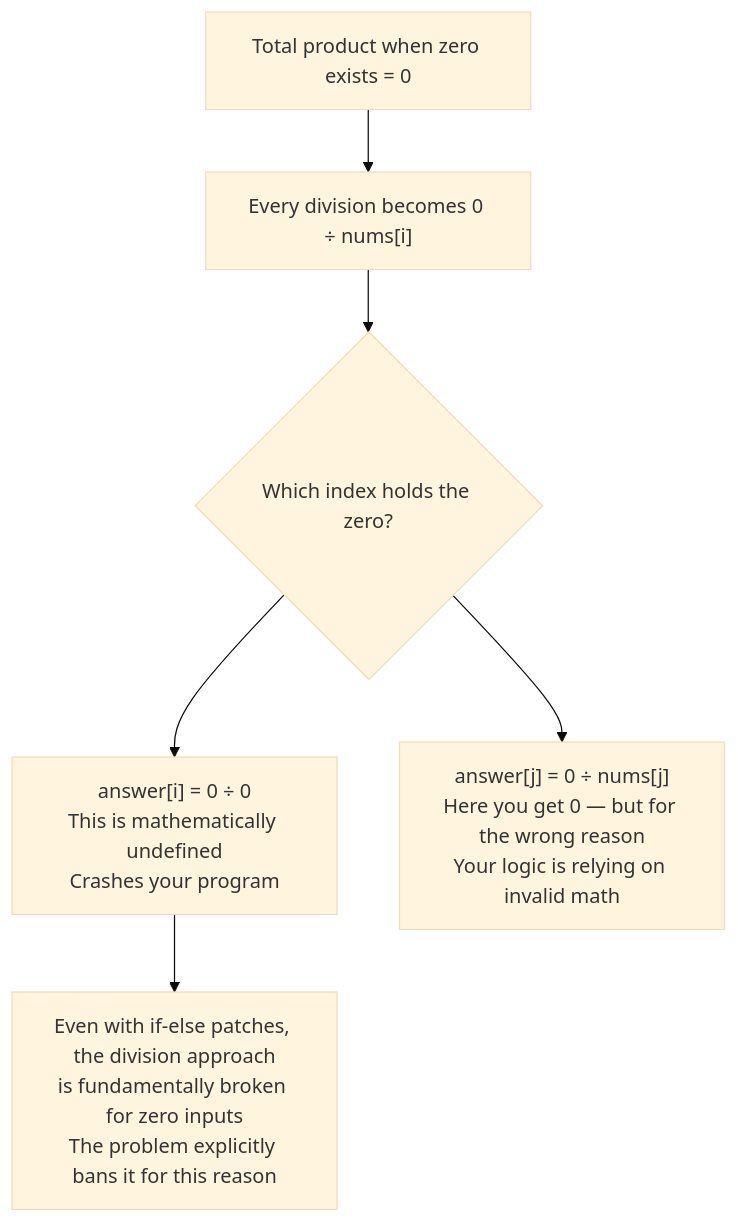
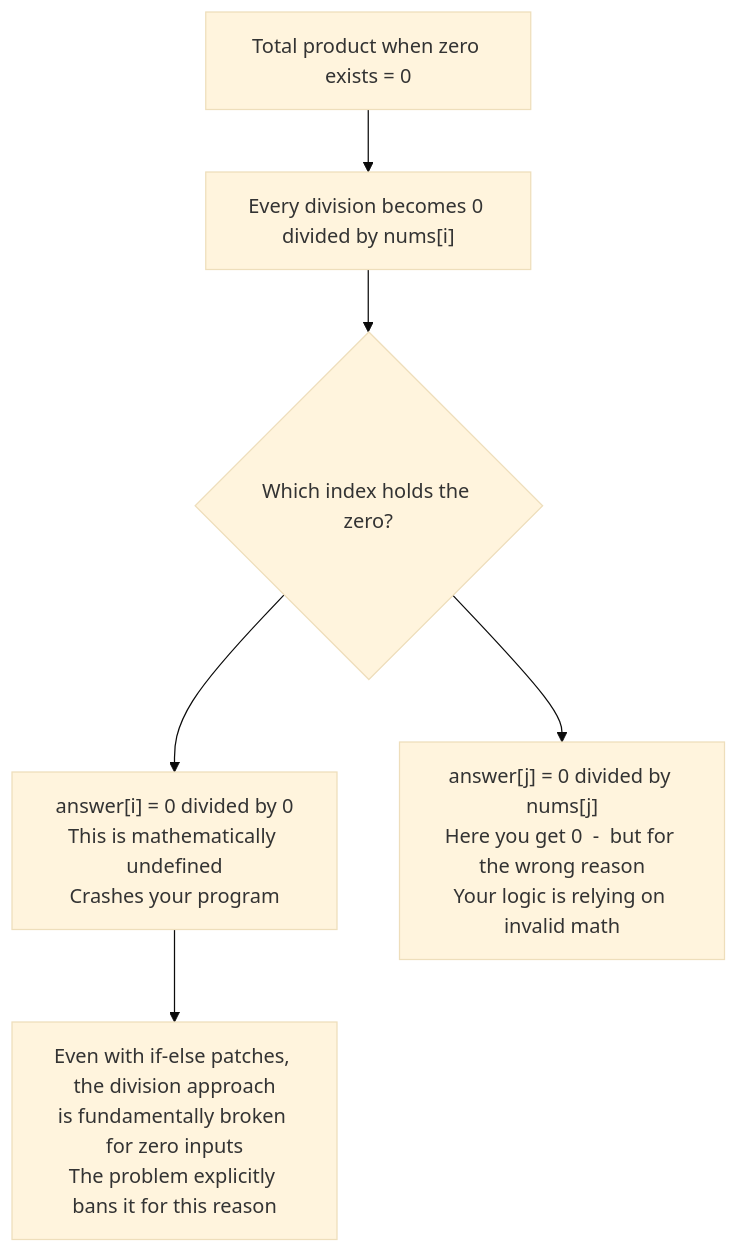
The ninth of 15 diagrams in 8 - Product of Array Except Self/README.md (M-F-Tushar/LeetCode-Problem-Solving), drawn with Mermaid (base theme) before and after one commit. The commit also changed other lines of this file, not shown here.

````diff
--- a/8 - Product of Array Except Self/README.md
+++ b/8 - Product of Array Except Self/README.md
@@ -170,8 +287,8 @@
 ```mermaid
 flowchart TD
-    A["Total product when zero exists = 0"] --> B["Every division becomes 0 ÷ nums[i]"]
+    A["Total product when zero exists = 0"] --> B["Every division becomes 0 divided by nums[i]"]
     B --> C{"Which index holds the zero?"}
-    C --> D["answer[i] = 0 ÷ 0\nThis is mathematically undefined\nCrashes your program"]
-    C --> E["answer[j] = 0 ÷ nums[j]\nHere you get 0 — but for the wrong reason\nYour logic is relying on invalid math"]
+    C --> D["answer[i] = 0 divided by 0\nThis is mathematically undefined\nCrashes your program"]
+    C --> E["answer[j] = 0 divided by nums[j]\nHere you get 0  -  but for the wrong reason\nYour logic is relying on invalid math"]
     D --> F["Even with if-else patches, the division approach\nis fundamentally broken for zero inputs\nThe problem explicitly bans it for this reason"]
 ```
````
